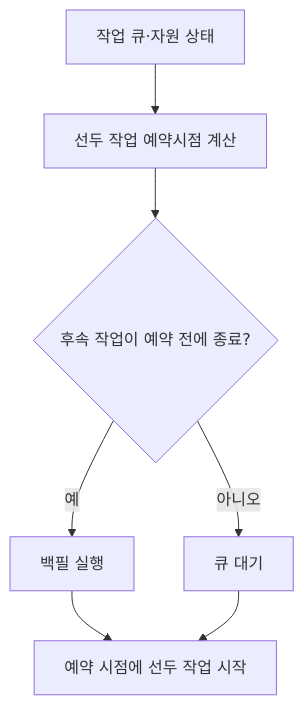
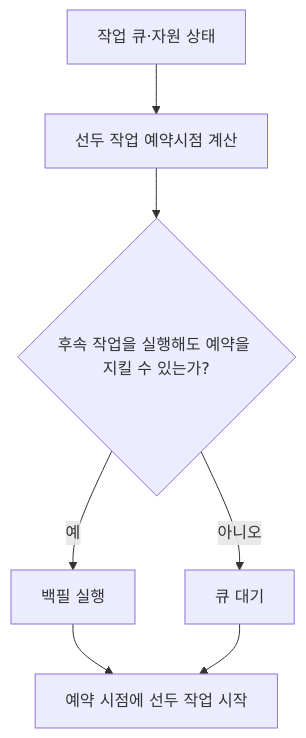
One commit to agnusdei1207/study changed the second of 4 diagrams in src/content/docs/notes/itpe/04-computer-system/099_backfill.md. Above: the diagram before and after it, drawn with Mermaid. The commit also changed other lines of this file and 472 other files, not shown here.

````diff
--- a/src/content/docs/notes/itpe/04-computer-system/099_backfill.md
+++ b/src/content/docs/notes/itpe/04-computer-system/099_backfill.md
@@ -84,9 +84,9 @@
 ```mermaid
 flowchart TD
  A[작업 큐·자원 상태] --> B[선두 작업 예약시점 계산]
- B --> C{후속 작업이 예약 전에 종료?}
+ B --> C{후속 작업을 실행해도 예약을 지킬 수 있는가?}
  C -->|예| D[백필 실행]
  C -->|아니오| E[큐 대기]
  D --> F[예약 시점에 선두 작업 시작]
  E --> F
 ```
````
